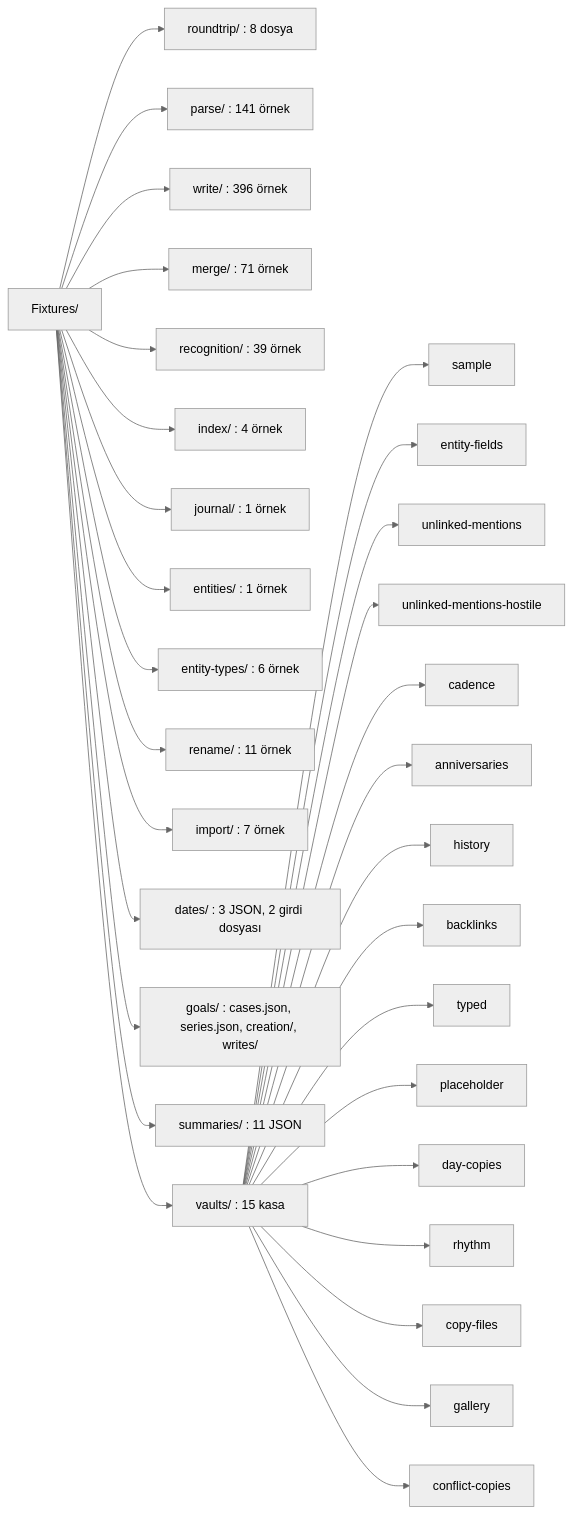
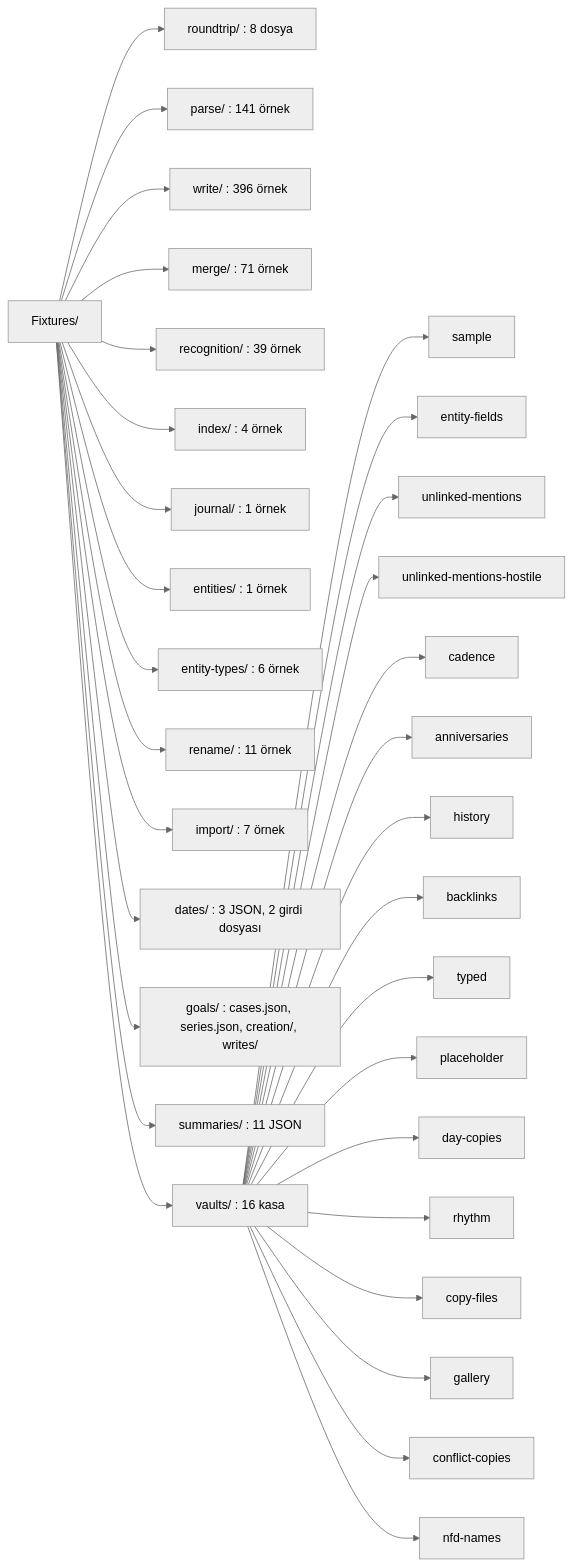
One commit to dogancanyildiz/kenet changed the first of 11 diagrams in docs/fixtures.md. Above: the diagram before and after it, drawn with Mermaid (neutral theme). The commit also changed other lines of this file and 18 other files, not shown here.

````diff
--- a/docs/fixtures.md
+++ b/docs/fixtures.md
@@ -15,34 +15,35 @@
 ```mermaid
 flowchart LR
   F["Fixtures/"]
   F --> RT["roundtrip/ : 8 dosya"]
   F --> PA["parse/ : 141 örnek"]
   F --> WR["write/ : 396 örnek"]
   F --> ME["merge/ : 71 örnek"]
   F --> RE["recognition/ : 39 örnek"]
   F --> IX["index/ : 4 örnek"]
   F --> JO["journal/ : 1 örnek"]
   F --> EN["entities/ : 1 örnek"]
   F --> ET["entity-types/ : 6 örnek"]
   F --> RN["rename/ : 11 örnek"]
   F --> IM["import/ : 7 örnek"]
   F --> DA["dates/ : 3 JSON, 2 girdi dosyası"]
   F --> GO["goals/ : cases.json, series.json, creation/, writes/"]
   F --> SU["summaries/ : 11 JSON"]
-  F --> VA["vaults/ : 15 kasa"]
+  F --> VA["vaults/ : 16 kasa"]
   VA --> V1["sample"]
   VA --> V2["entity-fields"]
   VA --> V3["unlinked-mentions"]
   VA --> V4["unlinked-mentions-hostile"]
   VA --> V5["cadence"]
   VA --> V6["anniversaries"]
   VA --> V7["history"]
   VA --> V8["backlinks"]
   VA --> V9["typed"]
   VA --> V10["placeholder"]
   VA --> V11["day-copies"]
   VA --> V12["rhythm"]
   VA --> V13["copy-files"]
   VA --> V14["gallery"]
   VA --> V15["conflict-copies"]
+  VA --> V16["nfd-names"]
 ```
````
